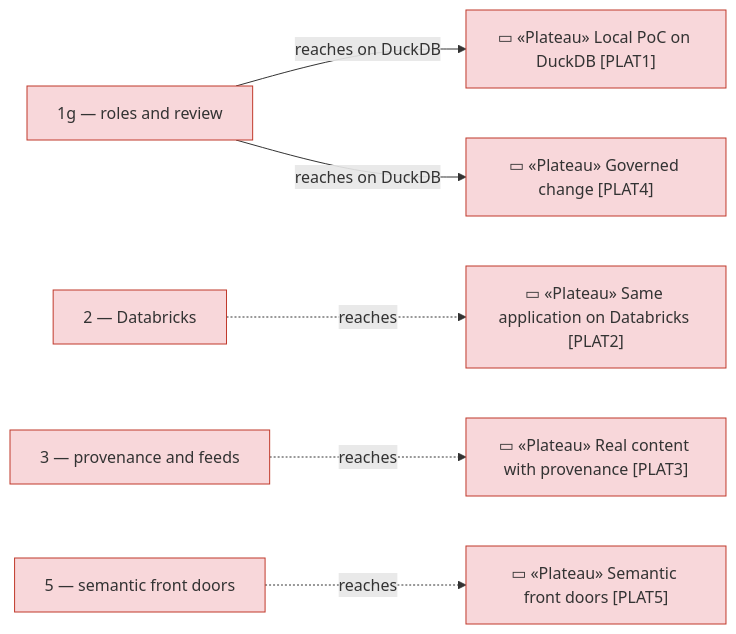
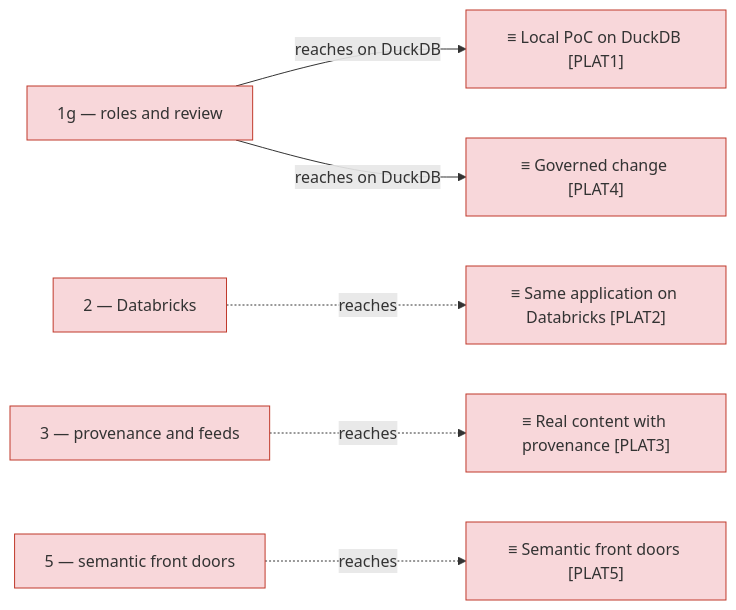
One commit to bocanegratqut/dbx-enterprise-architecture changed the third of 3 diagrams in architecture/6_transition/2_sequence.md. Above: the diagram before and after it, drawn with Mermaid. The commit also changed other lines of this file and 25 other files, not shown here.

````diff
--- a/architecture/6_transition/2_sequence.md
+++ b/architecture/6_transition/2_sequence.md
@@ -40,19 +50,19 @@
 ```mermaid
 flowchart LR
   s1g["1g — roles and review"]:::implementation
   s2["2 — Databricks"]:::implementation
   s3["3 — provenance and feeds"]:::implementation
   s5["5 — semantic front doors"]:::implementation
-  p1["▭ «Plateau» Local PoC on DuckDB [PLAT1]"]:::implementation
-  p2["▭ «Plateau» Same application on Databricks [PLAT2]"]:::implementation
-  p3["▭ «Plateau» Real content with provenance [PLAT3]"]:::implementation
-  p4["▭ «Plateau» Governed change [PLAT4]"]:::implementation
-  p5["▭ «Plateau» Semantic front doors [PLAT5]"]:::implementation
+  p1["≡ Local PoC on DuckDB [PLAT1]"]:::implementation
+  p2["≡ Same application on Databricks [PLAT2]"]:::implementation
+  p3["≡ Real content with provenance [PLAT3]"]:::implementation
+  p4["≡ Governed change [PLAT4]"]:::implementation
+  p5["≡ Semantic front doors [PLAT5]"]:::implementation
   s1g -->|reaches on DuckDB| p1
   s1g -->|reaches on DuckDB| p4
   s2 -.->|reaches| p2
   s3 -.->|reaches| p3
   s5 -.->|reaches| p5
 
   classDef implementation fill:#f8d7da,stroke:#c0392b,color:#333
 ```
````
